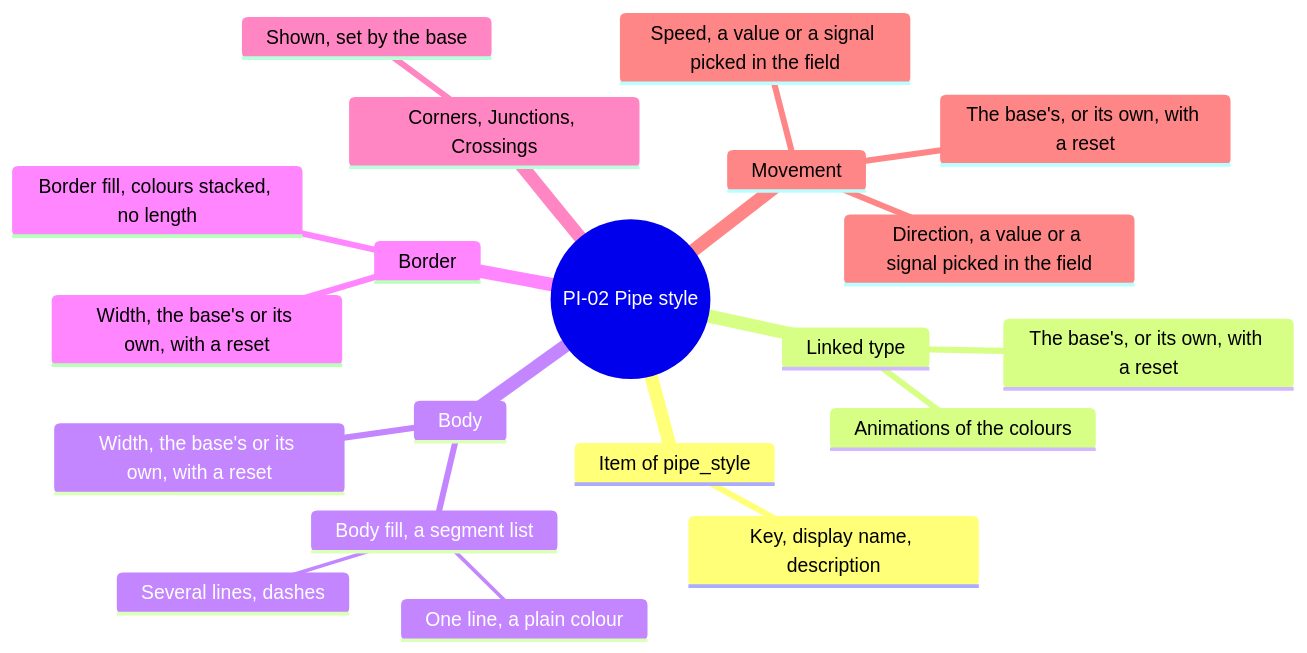
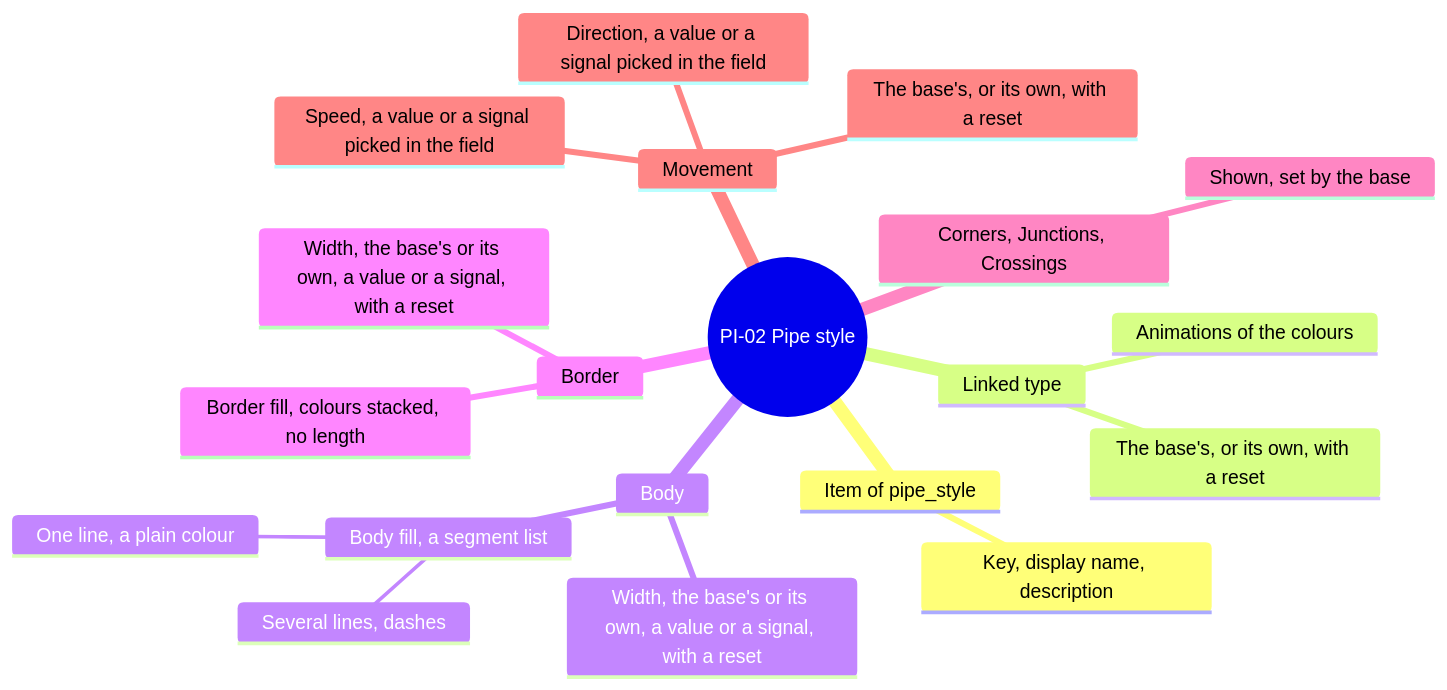
The fourth of 6 diagrams in screens/pipes.md (AlexandreGallais/synoptic-studio-spec), drawn with Mermaid before and after one commit. The commit also changed other lines of this file and 9 other files, not shown here.

````diff
--- a/screens/pipes.md
+++ b/screens/pipes.md
@@ -94,23 +94,23 @@
 ```mermaid
 mindmap
   root((PI-02 Pipe style))
     Item of pipe_style
       Key, display name, description
     Linked type
       The base's, or its own, with a reset
       Animations of the colours
     Body
-      Width, the base's or its own, with a reset
+      Width, the base's or its own, a value or a signal, with a reset
       Body fill, a segment list
         One line, a plain colour
         Several lines, dashes
     Border
-      Width, the base's or its own, with a reset
+      Width, the base's or its own, a value or a signal, with a reset
       Border fill, colours stacked, no length
     Corners, Junctions, Crossings
       Shown, set by the base
     Movement
       The base's, or its own, with a reset
       Direction, a value or a signal picked in the field
       Speed, a value or a signal picked in the field
 ```
````
